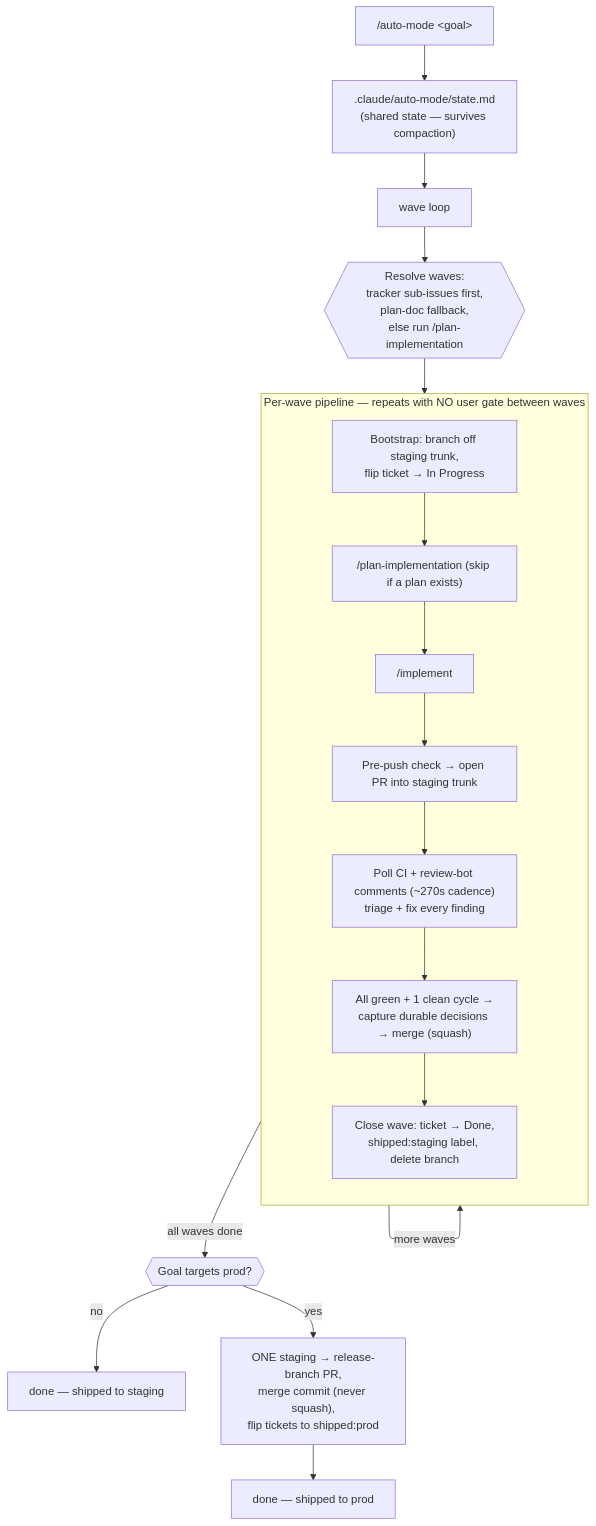
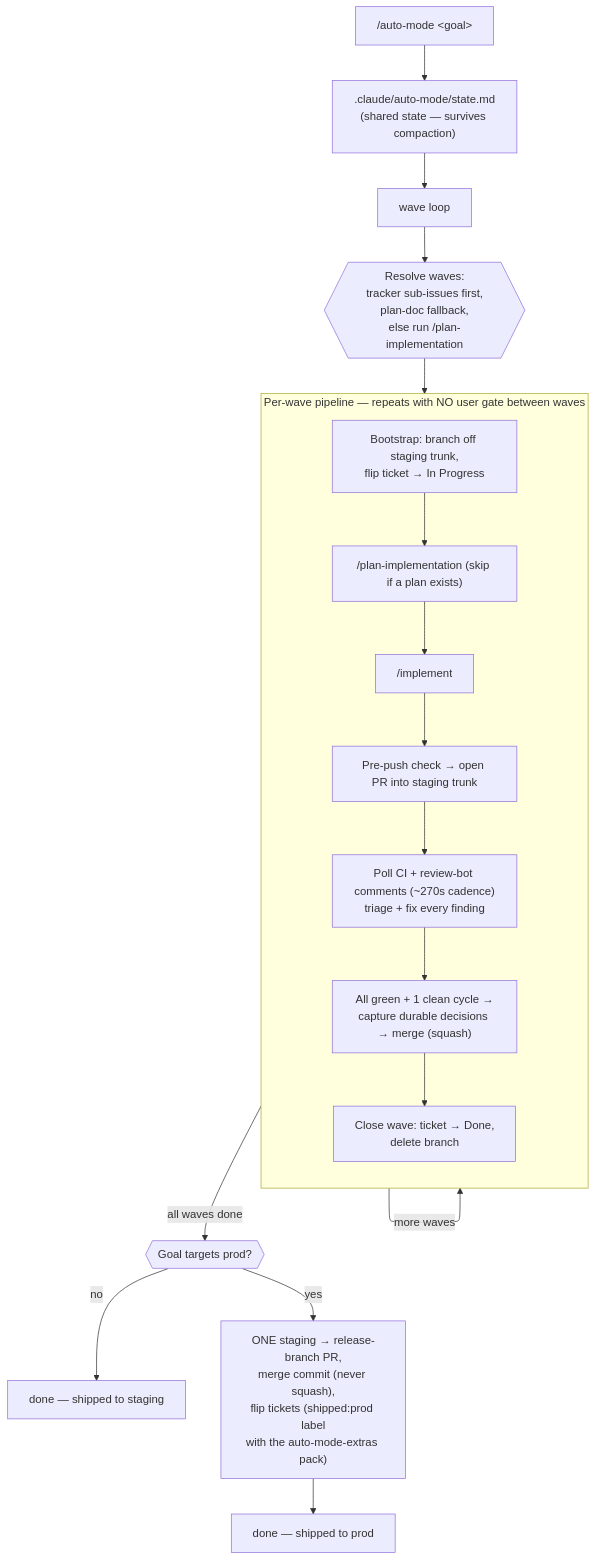
Before and after one commit to nodera-studio/agent-os: the first of 2 diagrams in commands/README.md, drawn with Mermaid. The commit also changed 9 other files, not shown here.

First line of the commit message:
Pull auto-mode extras out of the loop procedures into a pack

````diff
--- a/commands/README.md
+++ b/commands/README.md
@@ -71,27 +71,27 @@
 ```mermaid
 flowchart TD
     G["/auto-mode &lt;goal&gt;"] --> ST[".claude/auto-mode/state.md<br/>(shared state — survives compaction)"]
     ST --> AM["wave loop"]
 
     AM --> RESOLVE{{"Resolve waves:<br/>tracker sub-issues first,<br/>plan-doc fallback,<br/>else run /plan-implementation"}}
 
     RESOLVE --> WAVE
 
     subgraph WAVE["Per-wave pipeline — repeats with NO user gate between waves"]
         direction TB
         W1["Bootstrap: branch off staging trunk,<br/>flip ticket → In Progress"]
         W2["/plan-implementation (skip if a plan exists)"]
         W3["/implement"]
         W4["Pre-push check → open PR into staging trunk"]
         W5["Poll CI + review-bot comments (~270s cadence)<br/>triage + fix every finding"]
         W6["All green + 1 clean cycle →<br/>capture durable decisions → merge (squash)"]
-        W7["Close wave: ticket → Done,<br/>shipped:staging label, delete branch"]
+        W7["Close wave: ticket → Done,<br/>delete branch"]
         W1 --> W2 --> W3 --> W4 --> W5 --> W6 --> W7
     end
 
     WAVE -->|"more waves"| WAVE
     WAVE -->|"all waves done"| DONE{{"Goal targets prod?"}}
     DONE -->|no| FIN1["done — shipped to staging"]
-    DONE -->|yes| PROMO["ONE staging → release-branch PR,<br/>merge commit (never squash),<br/>flip tickets to shipped:prod"]
+    DONE -->|yes| PROMO["ONE staging → release-branch PR,<br/>merge commit (never squash),<br/>flip tickets (shipped:prod label<br/>with the auto-mode-extras pack)"]
     PROMO --> FIN2["done — shipped to prod"]
 ```
````
